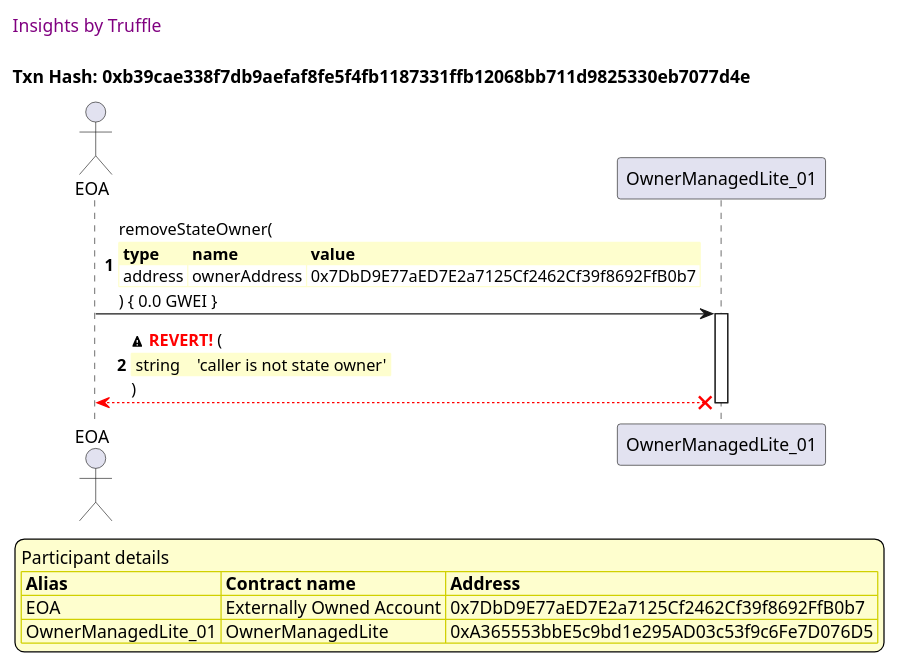
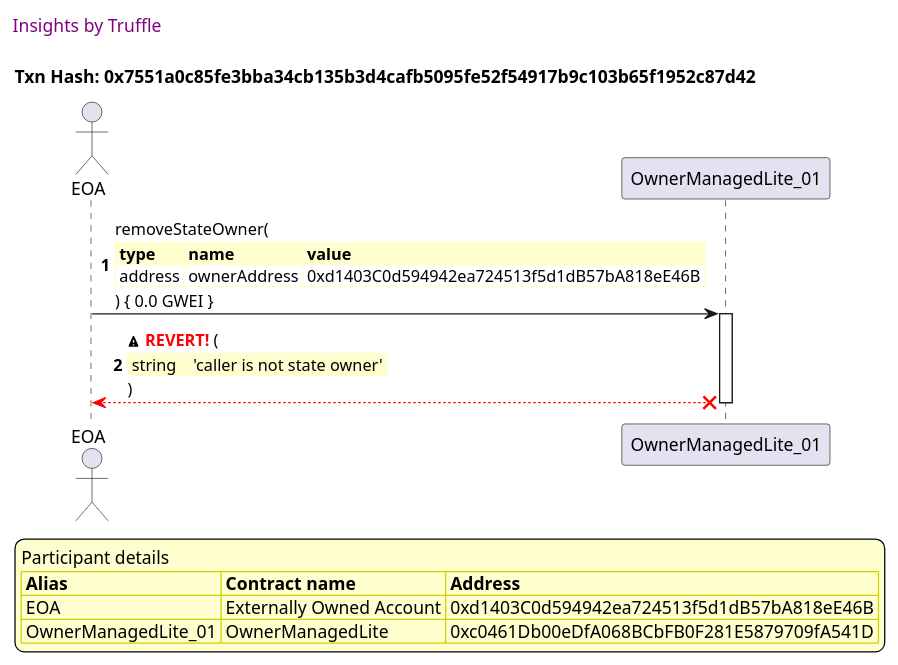
Before and after one commit to thedarkjester/ConsensysAssignment: the ninth of 49 diagrams in truffle-seq/OwnerManagedLite_test_remove_owner.md, drawn with PlantUML. The commit also changed other lines of this file and 13 other files, not shown here.

````diff
--- a/truffle-seq/OwnerManagedLite_test_remove_owner.md
+++ b/truffle-seq/OwnerManagedLite_test_remove_owner.md
@@ -391,43 +391,43 @@
 ```plantuml
 
 
 @startuml
 
 autonumber
 skinparam legendBackgroundColor #FEFECE
 
 <style>
       header {
         HorizontalAlignment left
         FontColor purple
         FontSize 14
         Padding 10
       }
     </style>
 
 header Insights by Truffle
 
-title Txn Hash: 0xb39cae338f7db9aefaf8fe5f4fb1187331ffb12068bb711d9825330eb7077d4e
+title Txn Hash: 0x7551a0c85fe3bba34cb135b3d4cafb5095fe52f54917b9c103b65f1952c87d42
 
 
 actor EOA as "EOA"
 participant OwnerManagedLite_01 as "OwnerManagedLite_01"
 
 "EOA" -> "OwnerManagedLite_01" ++: removeStateOwner(\n\
 <#FEFECE,#FEFECE>|= type |= name |= value |\n\
-| address | ownerAddress | 0x7DbD9E77aED7E2a7125Cf2462Cf39f8692FfB0b7 |\n\
+| address | ownerAddress | 0xd1403C0d594942ea724513f5d1dB57bA818eE46B |\n\
 ) { 0.0 GWEI }
 "OwnerManagedLite_01" x-[#red]-> "EOA" --: <&warning> <color #red>**REVERT!**</color> (\n\
 <#FEFECE,#FEFECE>| string |  | 'caller is not state owner' |\n\
 )
 deactivate "OwnerManagedLite_01"
 
 legend
 Participant details
 <#FEFECE,#D0D000>|= Alias |= Contract name |= Address |
-<#FEFECE>| EOA | Externally Owned Account | 0x7DbD9E77aED7E2a7125Cf2462Cf39f8692FfB0b7 |
-<#FEFECE>| OwnerManagedLite_01 | OwnerManagedLite | 0xA365553bbE5c9bd1e295AD03c53f9c6Fe7D076D5 |
+<#FEFECE>| EOA | Externally Owned Account | 0xd1403C0d594942ea724513f5d1dB57bA818eE46B |
+<#FEFECE>| OwnerManagedLite_01 | OwnerManagedLite | 0xc0461Db00eDfA068BCbFB0F281E5879709fA541D |
 endlegend
 
 @enduml
 ```
````
